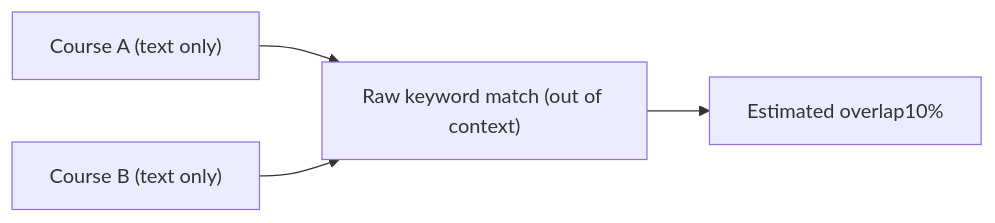
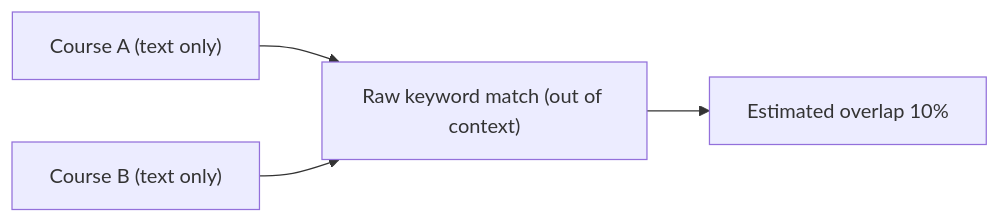
One commit to leskneebone/skills-SPARQL changed the first of 18 diagrams in reports/creditTransfer.md. Above: the diagram before and after it, drawn with Mermaid. The commit also changed other lines of this file, not shown here.

````diff
--- a/reports/creditTransfer.md
+++ b/reports/creditTransfer.md
@@ -5,6 +5,6 @@
 ```mermaid
 flowchart LR
   A["Course A (text only)"] --> M["Raw keyword match (out of context)"]
   B["Course B (text only)"] --> M
-  M --> O["Estimated overlap10%"]
+  M --> O["Estimated overlap 10%"]
 ```
````
